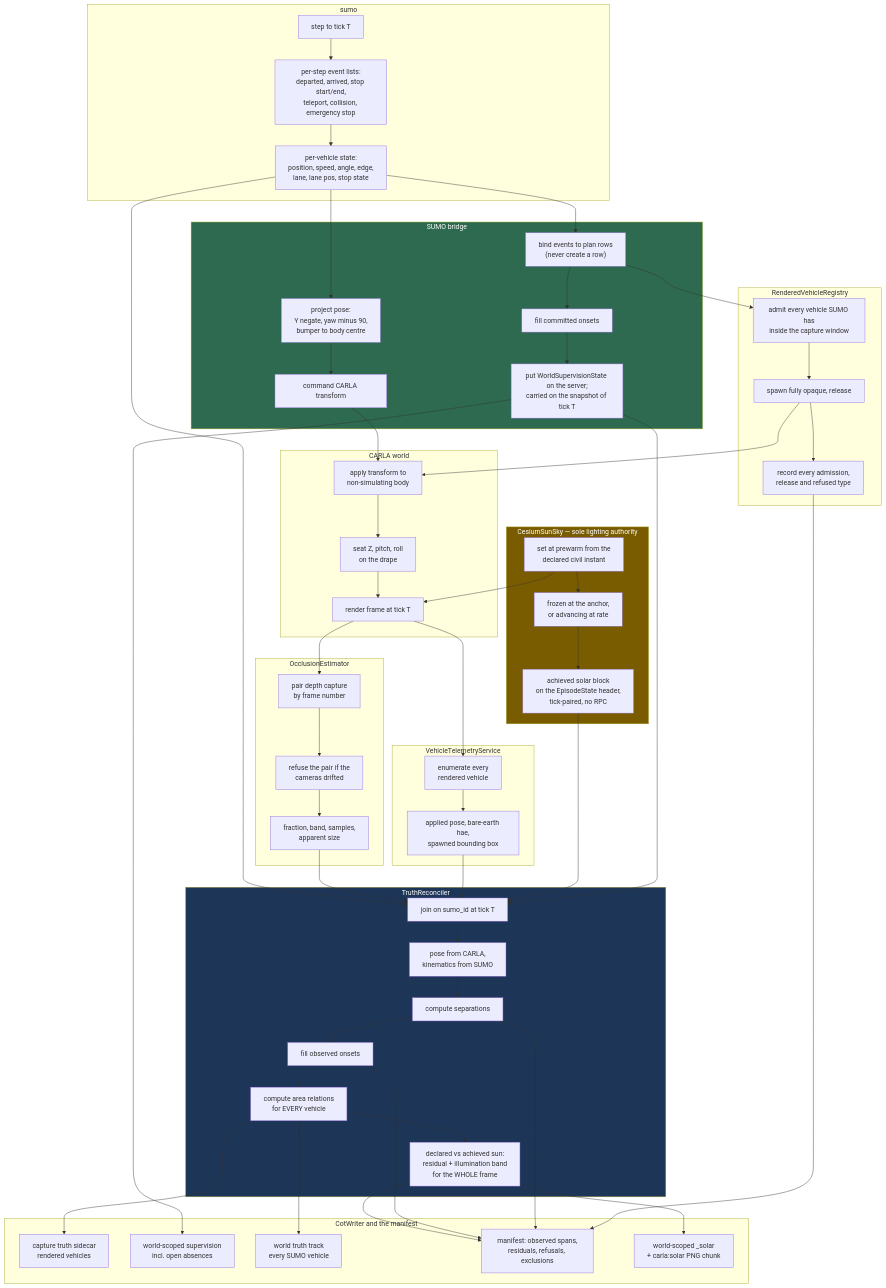
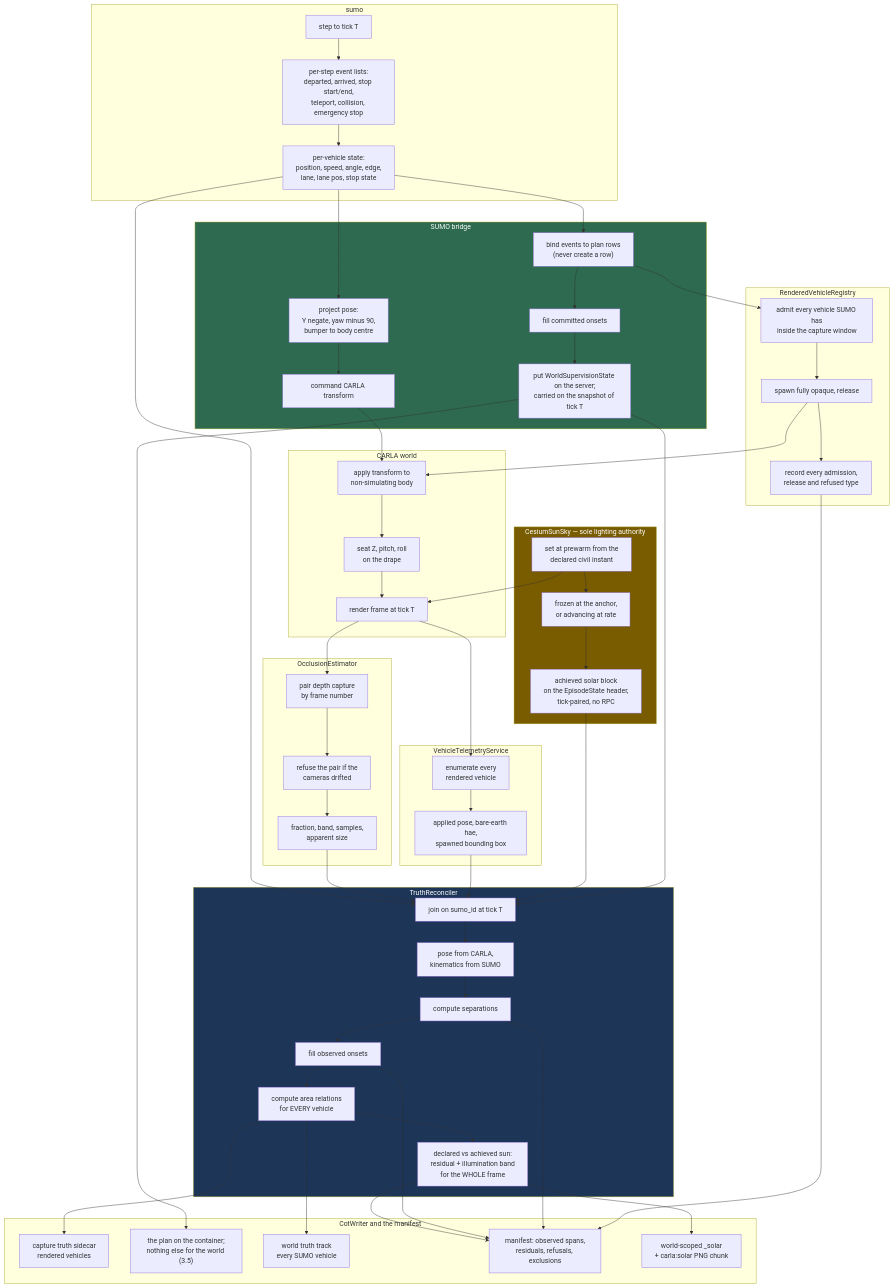
One commit to sbrett9/carla changed the fifth of 5 diagrams in Docs/CAT_Research/Plans/SUMO_Behavioral_Capture/06_Truth_And_Annotation.md. Above: the diagram before and after it, drawn with Mermaid. The commit also changed other lines of this file and 8 other files, not shown here.

````diff
--- a/Docs/CAT_Research/Plans/SUMO_Behavioral_Capture/06_Truth_And_Annotation.md
+++ b/Docs/CAT_Research/Plans/SUMO_Behavioral_Capture/06_Truth_And_Annotation.md
@@ -3120,79 +3024,79 @@
 ```mermaid
 flowchart TB
     subgraph L1["sumo"]
         A1["step to tick T"] --> A2["per-step event lists:<br/>departed, arrived, stop start/end,<br/>teleport, collision, emergency stop"]
         A2 --> A3["per-vehicle state:<br/>position, speed, angle, edge,<br/>lane, lane pos, stop state"]
     end
 
     subgraph L2["SUMO bridge"]
         B1["bind events to plan rows<br/>(never create a row)"] --> B2["fill committed onsets"]
         B2 --> B3["put WorldSupervisionState on the server;<br/>carried on the snapshot of tick T"]
         B4["project pose:<br/>Y negate, yaw minus 90,<br/>bumper to body centre"] --> B5["command CARLA transform"]
     end
 
     subgraph L3["RenderedVehicleRegistry"]
         C1["admit every vehicle SUMO has<br/>inside the capture window"] --> C2["spawn fully opaque, release"]
         C2 --> C3["record every admission,<br/>release and refused type"]
     end
 
     subgraph L4["CARLA world"]
         D1["apply transform to<br/>non-simulating body"] --> D2["seat Z, pitch, roll<br/>on the drape"]
         D2 --> D3["render frame at tick T"]
     end
 
     subgraph L4b["CesiumSunSky — sole lighting authority"]
         S1["set at prewarm from the<br/>declared civil instant"] --> S2["frozen at the anchor,<br/>or advancing at rate"]
         S2 --> S3["achieved solar block<br/>on the EpisodeState header,<br/>tick-paired, no RPC"]
     end
 
     subgraph L5["VehicleTelemetryService"]
         E1["enumerate every<br/>rendered vehicle"] --> E2["applied pose, bare-earth hae,<br/>spawned bounding box"]
     end
 
     subgraph L6["OcclusionEstimator"]
         F1["pair depth capture<br/>by frame number"] --> F2["refuse the pair if the<br/>cameras drifted"]
         F2 --> F3["fraction, band, samples,<br/>apparent size"]
     end
 
     subgraph L7["TruthReconciler"]
         G1["join on sumo_id at tick T"] --> G2["pose from CARLA,<br/>kinematics from SUMO"]
         G2 --> G3["compute separations"]
         G3 --> G4["fill observed onsets"]
         G4 --> G5["compute area relations<br/>for EVERY vehicle"]
         G5 --> G6["declared vs achieved sun:<br/>residual + illumination band<br/>for the WHOLE frame"]
     end
 
     subgraph L8["CotWriter and the manifest"]
         H1["capture truth sidecar<br/>rendered vehicles"] 
-        H2["world-scoped supervision<br/>incl. open absences"]
+        H2["the plan on the container;<br/>nothing else for the world (3.5)"]
         H3["world truth track<br/>every SUMO vehicle"]
         H4["manifest: observed spans,<br/>residuals, refusals, exclusions"]
         H5["world-scoped _solar<br/>+ carla:solar PNG chunk"]
     end
 
     A3 --> B1
     A3 --> B4
     B3 --> G1
     B5 --> D1
     B1 --> C1
     C2 --> D1
     C3 --> H4
     S1 --> D3
     S3 --> G1
     D3 --> E1
     D3 --> F1
     E2 --> G1
     F3 --> G1
     A3 --> G1
     G5 --> H1
     G5 --> H3
     B3 --> H2
     G3 --> H4
     G4 --> H4
     G6 --> H5
     G6 --> H4
 
     style L7 fill:#1d3557,color:#ffffff
     style L2 fill:#2d6a4f,color:#ffffff
     style L4b fill:#7a5c00,color:#ffffff
 ```
````
